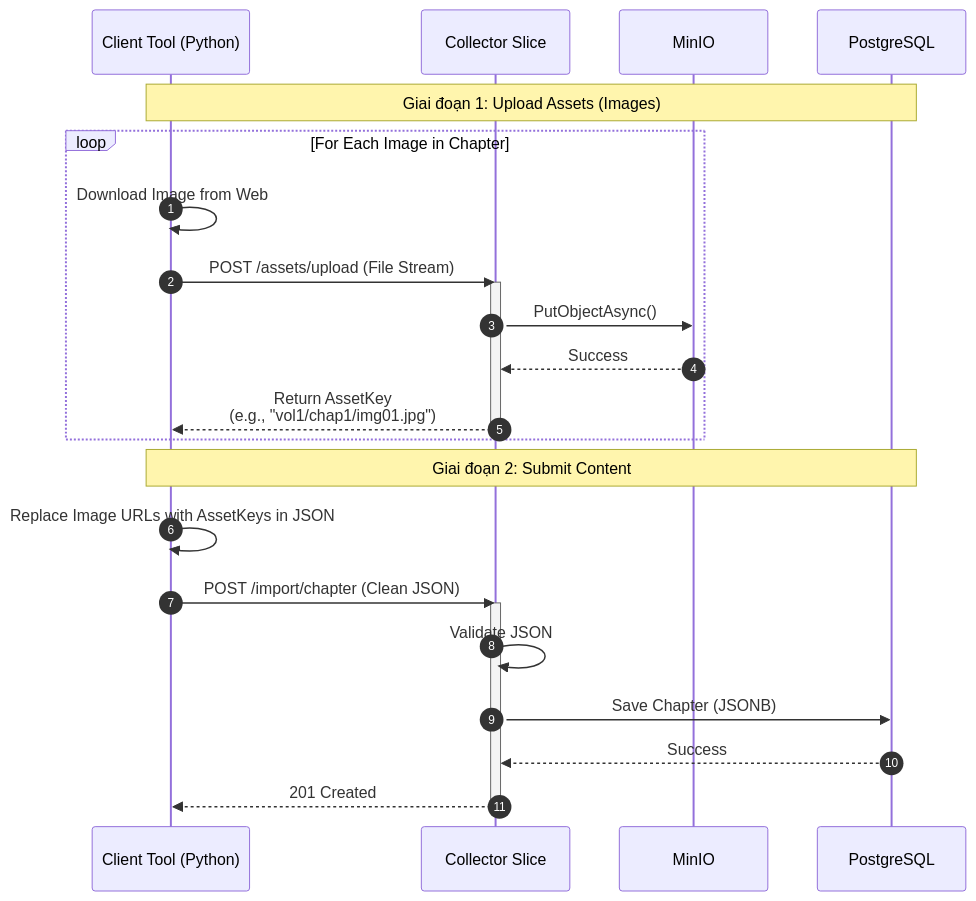
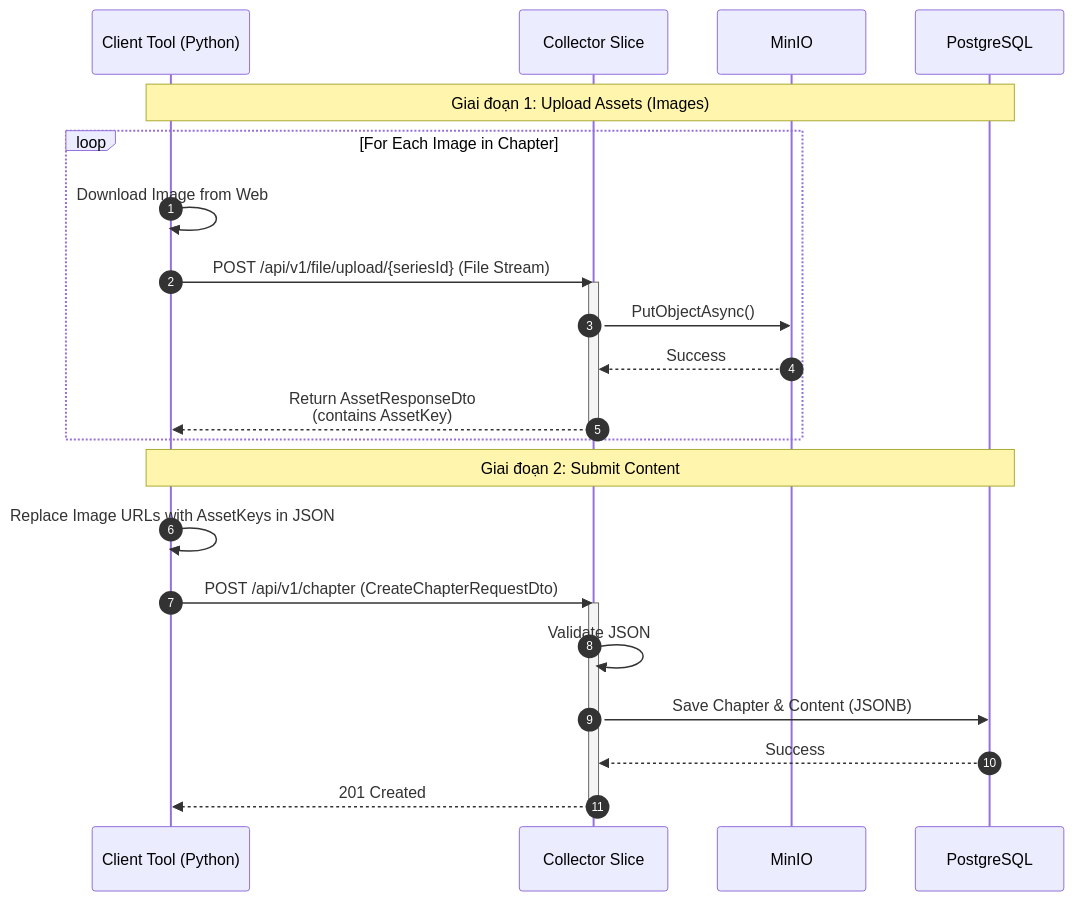
The second of 5 diagrams in doc/diagram.md (fm39hz/Grimoire.NET), drawn with Mermaid before and after one commit. The commit also changed other lines of this file and 5 other files, not shown here.

````diff
--- a/doc/diagram.md
+++ b/doc/diagram.md
@@ -48,31 +48,31 @@
 ```mermaid
 sequenceDiagram
     autonumber
     participant Tool as Client Tool (Python)
     participant API as Collector Slice
     participant MinIO
     participant DB as PostgreSQL
 
     note over Tool, DB: Giai đoạn 1: Upload Assets (Images)
     
     loop For Each Image in Chapter
         Tool->>Tool: Download Image from Web
-        Tool->>API: POST /assets/upload (File Stream)
+        Tool->>API: POST /api/v1/file/upload/{seriesId} (File Stream)
         activate API
         API->>MinIO: PutObjectAsync()
         MinIO-->>API: Success
-        API-->>Tool: Return AssetKey<br/>(e.g., "vol1/chap1/img01.jpg")
+        API-->>Tool: Return AssetResponseDto<br/>(contains AssetKey)
         deactivate API
     end
 
     note over Tool, DB: Giai đoạn 2: Submit Content
     
     Tool->>Tool: Replace Image URLs with AssetKeys in JSON
-    Tool->>API: POST /import/chapter (Clean JSON)
+    Tool->>API: POST /api/v1/chapter (CreateChapterRequestDto)
     activate API
     API->>API: Validate JSON
-    API->>DB: Save Chapter (JSONB)
+    API->>DB: Save Chapter & Content (JSONB)
     DB-->>API: Success
     API-->>Tool: 201 Created
     deactivate API
 ```
````
